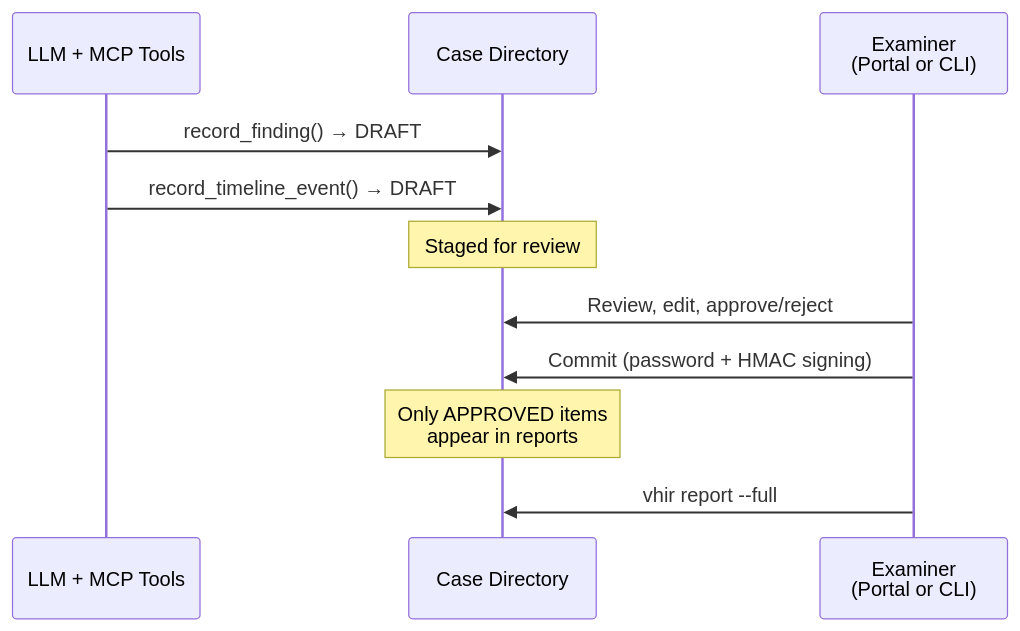
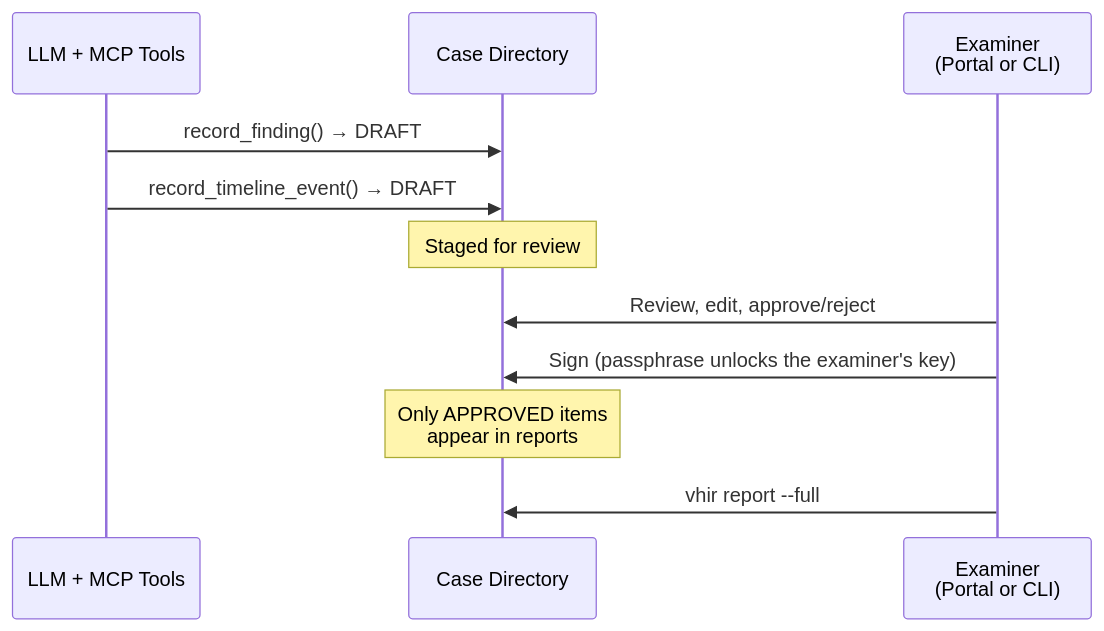
Before and after one commit to AppliedIR/Valhuntir: the third of 6 diagrams in README.md, drawn with Mermaid. The commit also changed other lines of this file and 16 other files, not shown here.

````diff
--- a/README.md
+++ b/README.md
@@ -155,16 +155,16 @@
 ```mermaid
 sequenceDiagram
     participant AI as LLM + MCP Tools
     participant Case as Case Directory
     participant Human as Examiner<br/>(Portal or CLI)
 
     AI->>Case: record_finding() → DRAFT
     AI->>Case: record_timeline_event() → DRAFT
     Note over Case: Staged for review
 
     Human->>Case: Review, edit, approve/reject
-    Human->>Case: Commit (password + HMAC signing)
+    Human->>Case: Sign (passphrase unlocks the examiner's key)
 
     Note over Case: Only APPROVED items<br/>appear in reports
     Human->>Case: vhir report --full
 ```
````
